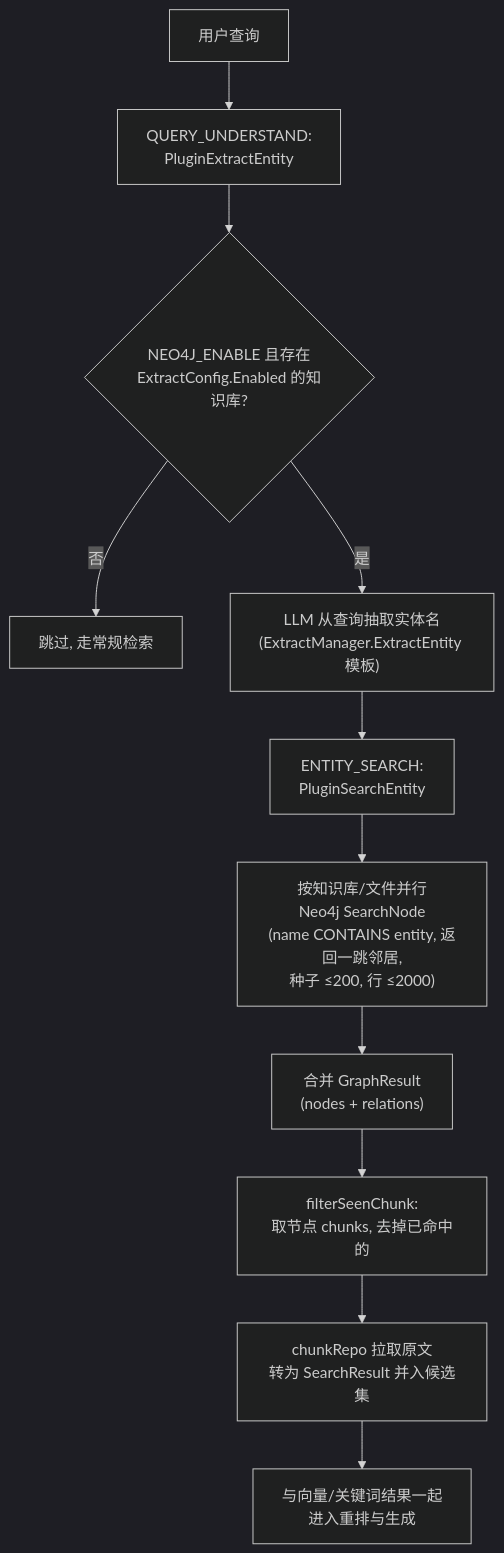
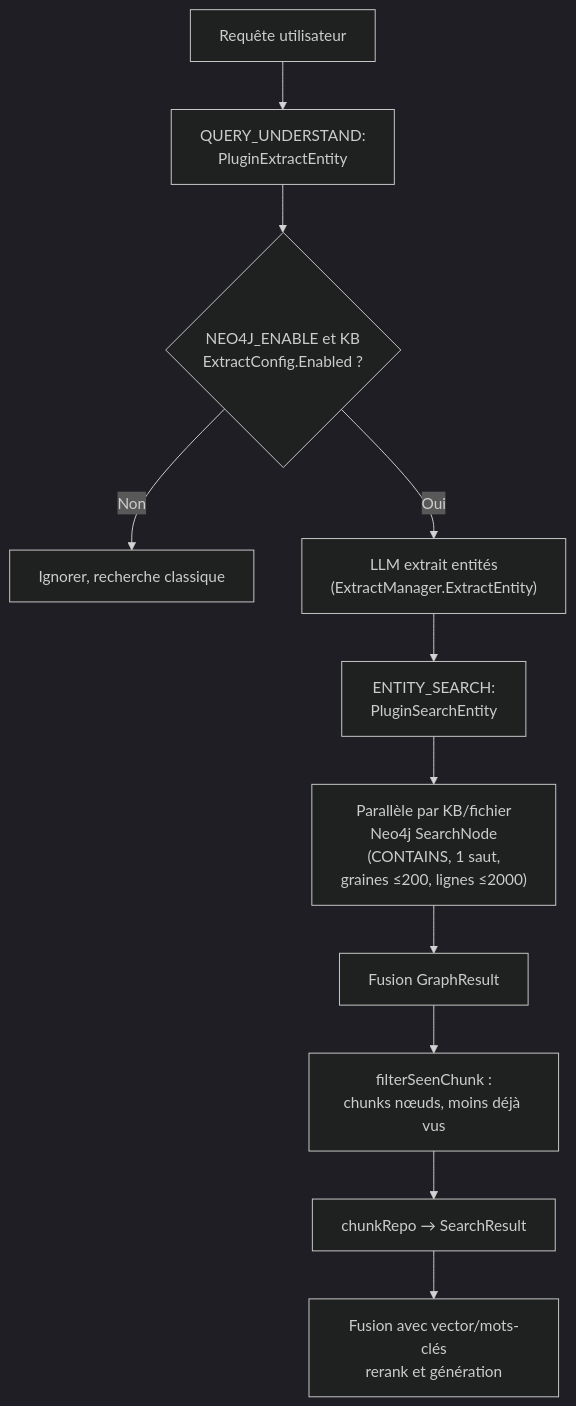
The second of 2 diagrams in website-docs/03-features/09-knowledge-graph.md (samiriggui-code/gsms-template), drawn with Mermaid (dark theme) before and after one commit. The commit also changed other lines of this file and 301 other files, not shown here.

````diff
--- a/website-docs/03-features/09-knowledge-graph.md
+++ b/website-docs/03-features/09-knowledge-graph.md
@@ -160,13 +160,13 @@
 ```mermaid
 flowchart TD
-    Q["用户查询"] --> U["QUERY_UNDERSTAND:<br/>PluginExtractEntity"]
-    U --> U1{"NEO4J_ENABLE 且存在<br/>ExtractConfig.Enabled 的知识库?"}
-    U1 -->|"否"| SKIP["跳过, 走常规检索"]
-    U1 -->|"是"| U2["LLM 从查询抽取实体名<br/>(ExtractManager.ExtractEntity 模板)"]
+    Q["Requête utilisateur"] --> U["QUERY_UNDERSTAND:<br/>PluginExtractEntity"]
+    U --> U1{"NEO4J_ENABLE et KB<br/>ExtractConfig.Enabled ?"}
+    U1 -->|"Non"| SKIP["Ignorer, recherche classique"]
+    U1 -->|"Oui"| U2["LLM extrait entités<br/>(ExtractManager.ExtractEntity)"]
     U2 --> S["ENTITY_SEARCH:<br/>PluginSearchEntity"]
-    S --> S1["按知识库/文件并行<br/>Neo4j SearchNode<br/>(name CONTAINS entity, 返回一跳邻居,<br/>种子 ≤200, 行 ≤2000)"]
-    S1 --> S2["合并 GraphResult<br/>(nodes + relations)"]
-    S2 --> S3["filterSeenChunk:<br/>取节点 chunks, 去掉已命中的"]
-    S3 --> S4["chunkRepo 拉取原文<br/>转为 SearchResult 并入候选集"]
-    S4 --> R["与向量/关键词结果一起<br/>进入重排与生成"]
+    S --> S1["Parallèle par KB/fichier<br/>Neo4j SearchNode<br/>(CONTAINS, 1 saut,<br/>graines ≤200, lignes ≤2000)"]
+    S1 --> S2["Fusion GraphResult"]
+    S2 --> S3["filterSeenChunk :<br/>chunks nœuds, moins déjà vus"]
+    S3 --> S4["chunkRepo → SearchResult"]
+    S4 --> R["Fusion avec vector/mots-clés<br/>rerank et génération"]
 ```
````
